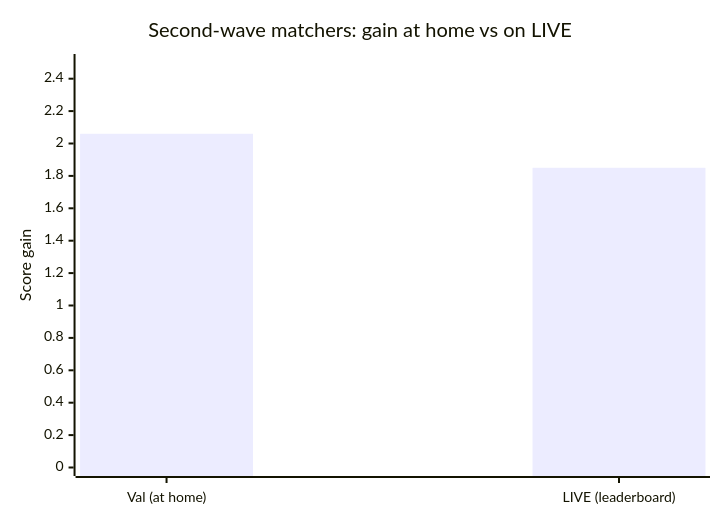
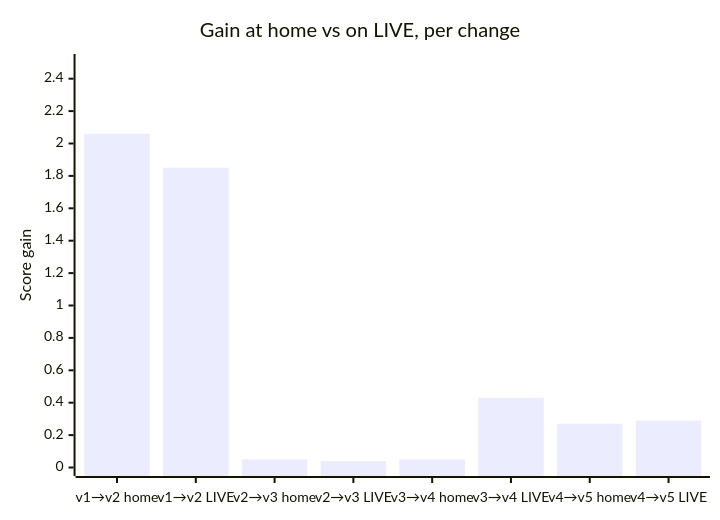
The third of 3 diagrams in OVERFITTING_CHECKS.md (KennyHc/hackathon-claude), drawn with Mermaid before and after one commit. The commit also changed other lines of this file and 22 other files, not shown here.

````diff
--- a/OVERFITTING_CHECKS.md
+++ b/OVERFITTING_CHECKS.md
@@ -498,7 +505,7 @@
 ```mermaid
 xychart-beta
-    title "Second-wave matchers: gain at home vs on LIVE"
-    x-axis ["Val (at home)", "LIVE (leaderboard)"]
+    title "Gain at home vs on LIVE, per change"
+    x-axis ["v1→v2 home", "v1→v2 LIVE", "v2→v3 home", "v2→v3 LIVE", "v3→v4 home", "v3→v4 LIVE", "v4→v5 home", "v4→v5 LIVE"]
     y-axis "Score gain" 0 --> 2.5
-    bar [2.06, 1.85]
+    bar [2.06, 1.85, 0.05, 0.04, 0.05, 0.43, 0.27, 0.29]
 ```
````
